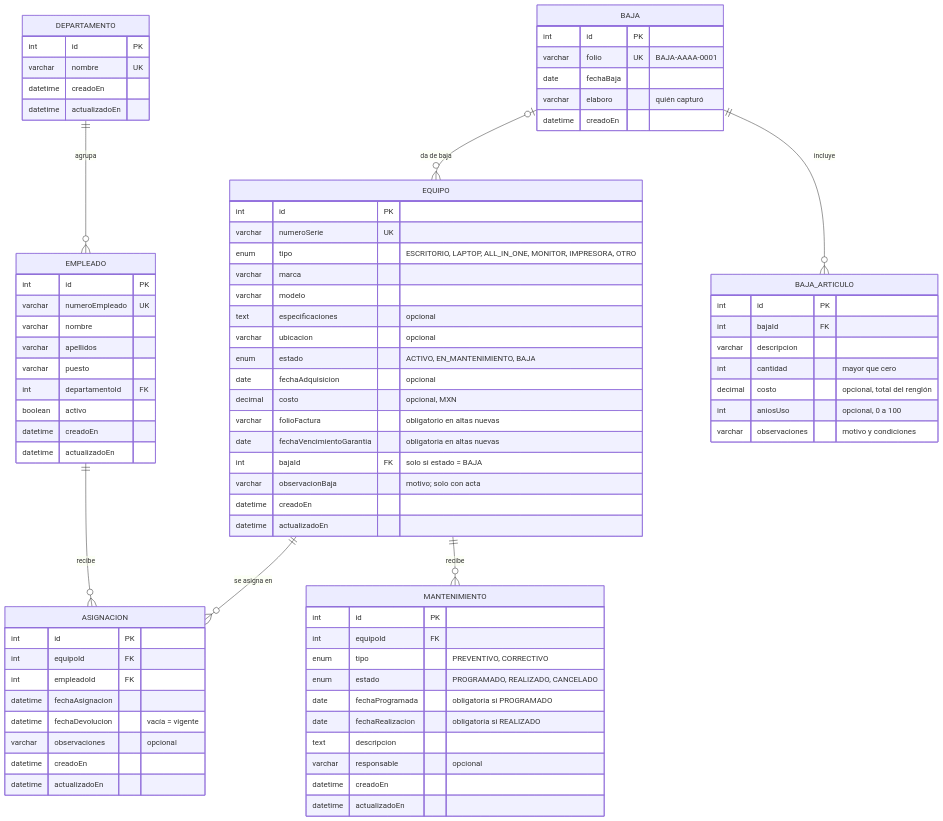
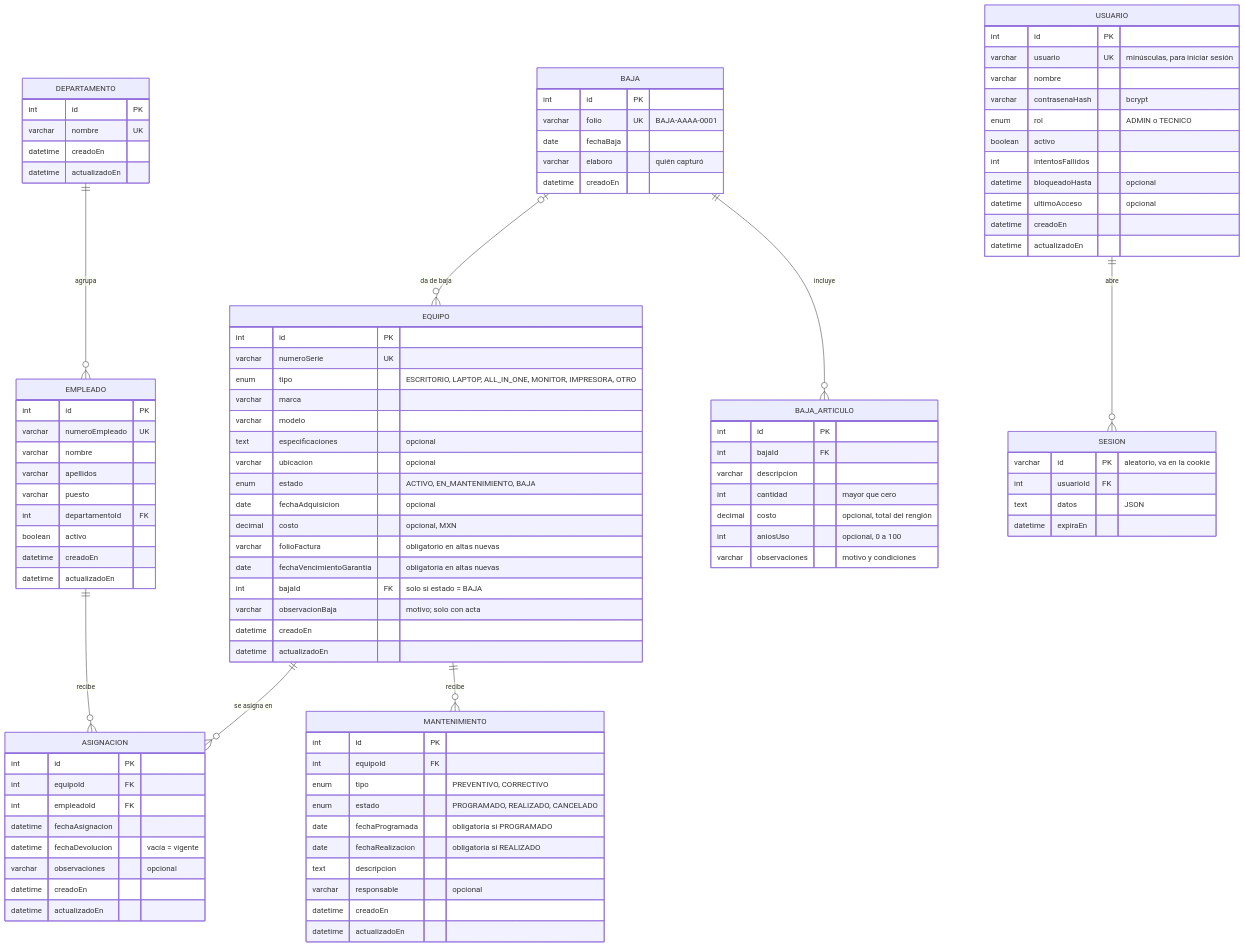
The diagram in inventario-equipos-bluebay/docs/diagrama-er.mermaid (JPCR2/BBE), drawn with Mermaid before and after one commit. The commit also changed 3 other files, not shown here.

```diff
--- a/inventario-equipos-bluebay/docs/diagrama-er.mermaid
+++ b/inventario-equipos-bluebay/docs/diagrama-er.mermaid
@@ -1,90 +1,112 @@
 %% Diagrama entidad-relación — Sistema de Gestión de Inventario y Mantenimiento
 %% de Equipos de Cómputo, Blue Bay Grand Esmeralda (parte 1 del prototipo).
 %% Se puede visualizar en https://mermaid.live o con la extensión de Mermaid de VS Code.
 erDiagram
     DEPARTAMENTO ||--o{ EMPLEADO : "agrupa"
     EMPLEADO ||--o{ ASIGNACION : "recibe"
     EQUIPO ||--o{ ASIGNACION : "se asigna en"
     EQUIPO ||--o{ MANTENIMIENTO : "recibe"
     BAJA |o--o{ EQUIPO : "da de baja"
     BAJA ||--o{ BAJA_ARTICULO : "incluye"
+    USUARIO ||--o{ SESION : "abre"
 
     DEPARTAMENTO {
         int id PK
         varchar nombre UK
         datetime creadoEn
         datetime actualizadoEn
     }
 
     EMPLEADO {
         int id PK
         varchar numeroEmpleado UK
         varchar nombre
         varchar apellidos
         varchar puesto
         int departamentoId FK
         boolean activo
         datetime creadoEn
         datetime actualizadoEn
     }
 
     EQUIPO {
         int id PK
         varchar numeroSerie UK
         enum tipo "ESCRITORIO, LAPTOP, ALL_IN_ONE, MONITOR, IMPRESORA, OTRO"
         varchar marca
         varchar modelo
         text especificaciones "opcional"
         varchar ubicacion "opcional"
         enum estado "ACTIVO, EN_MANTENIMIENTO, BAJA"
         date fechaAdquisicion "opcional"
         decimal costo "opcional, MXN"
         varchar folioFactura "obligatorio en altas nuevas"
         date fechaVencimientoGarantia "obligatoria en altas nuevas"
         int bajaId FK "solo si estado = BAJA"
         varchar observacionBaja "motivo; solo con acta"
         datetime creadoEn
         datetime actualizadoEn
     }
 
     ASIGNACION {
         int id PK
         int equipoId FK
         int empleadoId FK
         datetime fechaAsignacion
         datetime fechaDevolucion "vacía = vigente"
         varchar observaciones "opcional"
         datetime creadoEn
         datetime actualizadoEn
     }
 
     MANTENIMIENTO {
         int id PK
         int equipoId FK
         enum tipo "PREVENTIVO, CORRECTIVO"
         enum estado "PROGRAMADO, REALIZADO, CANCELADO"
         date fechaProgramada "obligatoria si PROGRAMADO"
         date fechaRealizacion "obligatoria si REALIZADO"
         text descripcion
         varchar responsable "opcional"
         datetime creadoEn
         datetime actualizadoEn
     }
 
     BAJA {
         int id PK
         varchar folio UK "BAJA-AAAA-0001"
         date fechaBaja
         varchar elaboro "quién capturó"
         datetime creadoEn
     }
 
     BAJA_ARTICULO {
         int id PK
         int bajaId FK
         varchar descripcion
         int cantidad "mayor que cero"
         decimal costo "opcional, total del renglón"
         int aniosUso "opcional, 0 a 100"
         varchar observaciones "motivo y condiciones"
     }
+
+    USUARIO {
+        int id PK
+        varchar usuario UK "minúsculas, para iniciar sesión"
+        varchar nombre
+        varchar contrasenaHash "bcrypt"
+        enum rol "ADMIN o TECNICO"
+        boolean activo
+        int intentosFallidos
+        datetime bloqueadoHasta "opcional"
+        datetime ultimoAcceso "opcional"
+        datetime creadoEn
+        datetime actualizadoEn
+    }
+
+    SESION {
+        varchar id PK "aleatorio, va en la cookie"
+        int usuarioId FK
+        text datos "JSON"
+        datetime expiraEn
+    }
```
